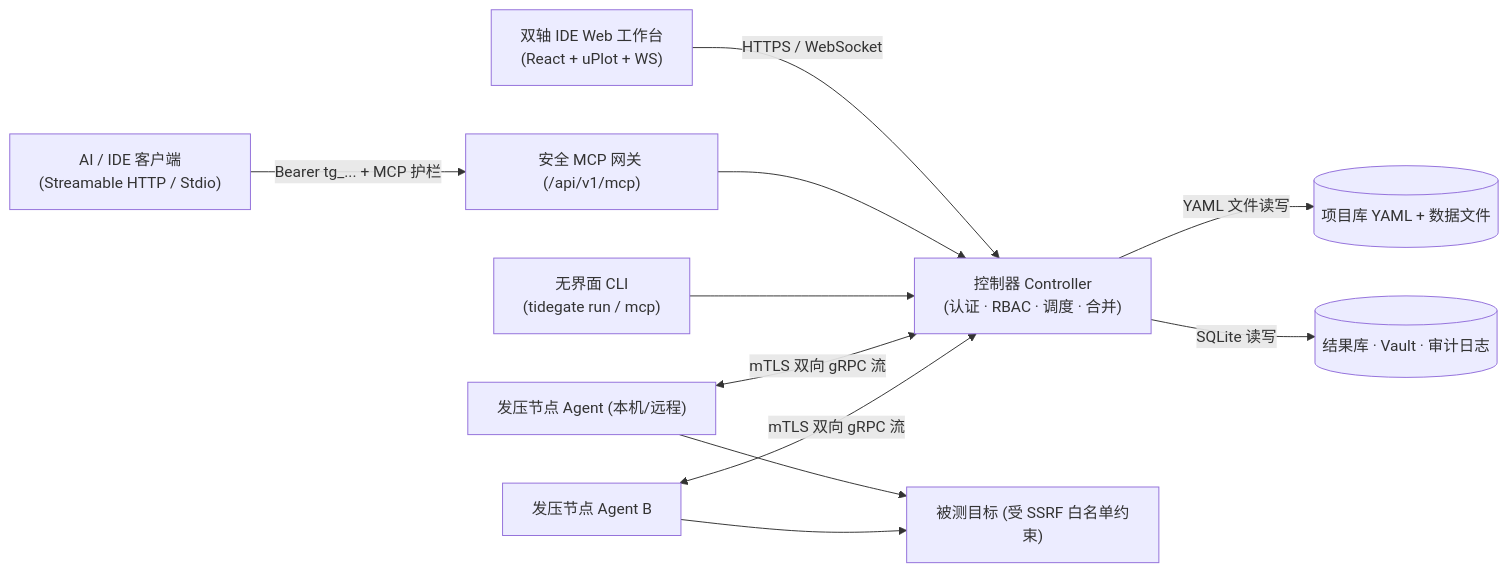
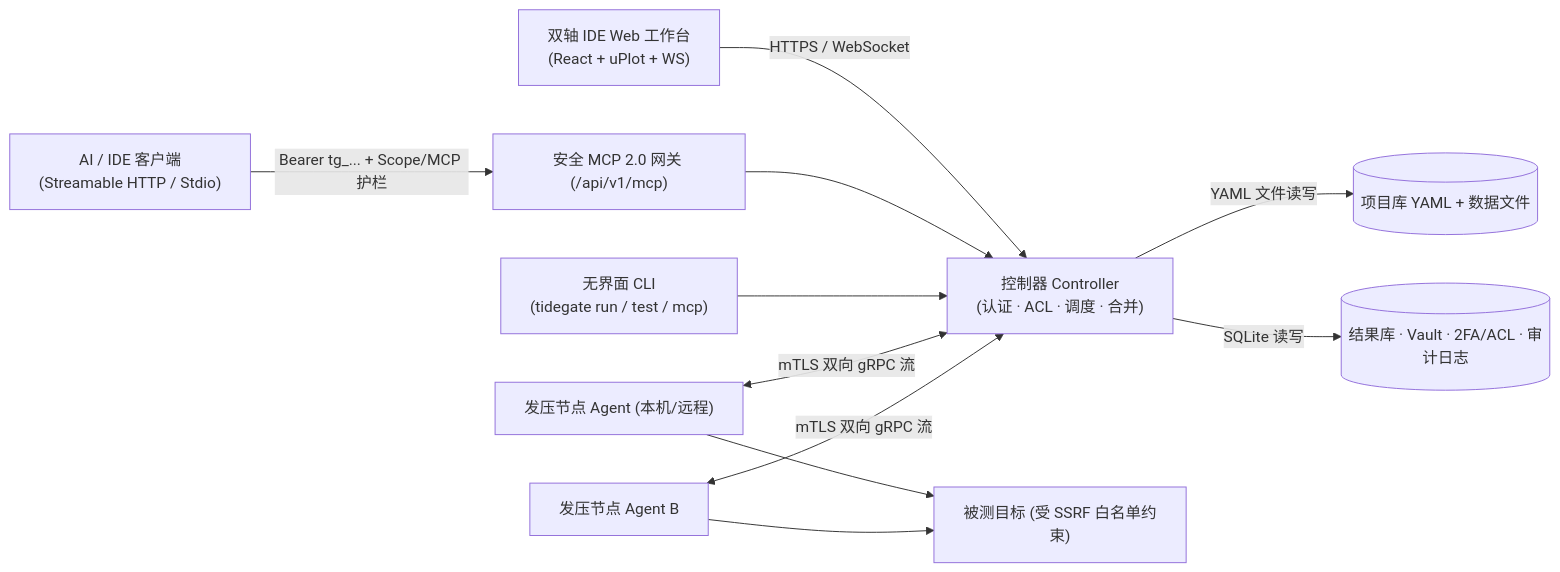
Before and after one commit to whyy1/tidegate: the diagram in docs/product-plan.md, drawn with Mermaid. The commit also changed other lines of this file and 29 other files, not shown here.

Commit message:
feat(security): 支持项目级 RBAC 访问控制、令牌细粒度 Scope、TOTP 双因素认证及 MCP 2.0 资源与提示词模板

````diff
--- a/docs/product-plan.md
+++ b/docs/product-plan.md
@@ -35,13 +35,13 @@
 ```mermaid
 flowchart LR
-    UI["双轴 IDE Web 工作台\n(React + uPlot + WS)"] -- HTTPS / WebSocket --> C["控制器 Controller\n(认证 · RBAC · 调度 · 合并)"]
-    AI["AI / IDE 客户端\n(Streamable HTTP / Stdio)"] -- "Bearer tg_... + MCP 护栏" --> MCP["安全 MCP 网关 (/api/v1/mcp)"]
+    UI["双轴 IDE Web 工作台\n(React + uPlot + WS)"] -- HTTPS / WebSocket --> C["控制器 Controller\n(认证 · ACL · 调度 · 合并)"]
+    AI["AI / IDE 客户端\n(Streamable HTTP / Stdio)"] -- "Bearer tg_... + Scope/MCP 护栏" --> MCP["安全 MCP 2.0 网关 (/api/v1/mcp)"]
     MCP --> C
-    CLI["无界面 CLI\n(tidegate run / mcp)"] --> C
+    CLI["无界面 CLI\n(tidegate run / test / mcp)"] --> C
     C -- YAML 文件读写 --> P[("项目库 YAML + 数据文件")]
-    C -- SQLite 读写 --> R[("结果库 · Vault · 审计日志")]
+    C -- SQLite 读写 --> R[("结果库 · Vault · 2FA/ACL · 审计日志")]
     A1["发压节点 Agent (本机/远程)"] <-- "mTLS 双向 gRPC 流" --> C
     A2["发压节点 Agent B"] <-- "mTLS 双向 gRPC 流" --> C
     A1 --> T["被测目标 (受 SSRF 白名单约束)"]
     A2 --> T
 ```
````
